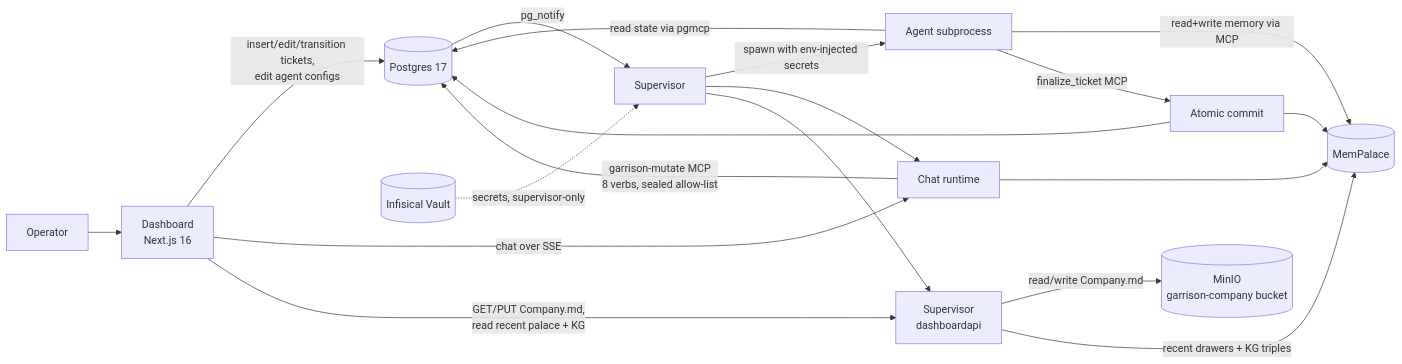
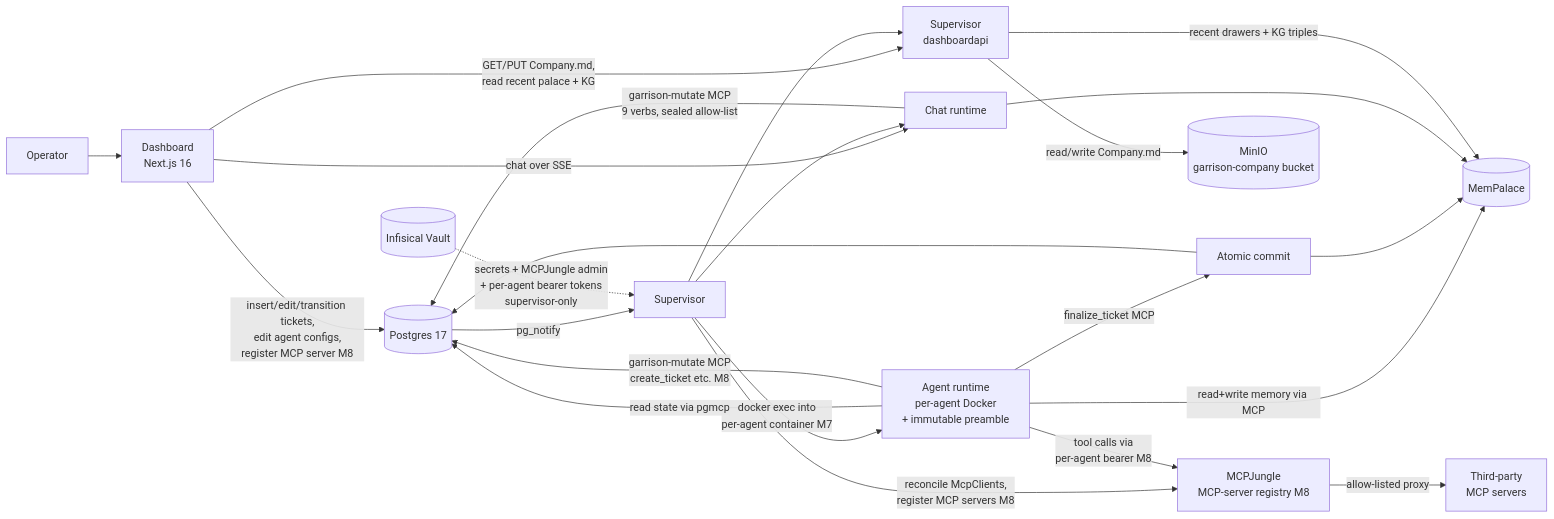
One commit to garrison-hq/garrison changed the diagram in README.md. Above: the diagram before and after it, drawn with Mermaid. The commit also changed other lines of this file, not shown here.

First line of the commit message:
docs(readme): update mermaid diagram + M1→M8 prose for shipped M6/M7/M8

````diff
--- a/README.md
+++ b/README.md
@@ -74,21 +74,25 @@
 ```mermaid
 flowchart LR
     OP[Operator] --> DASH[Dashboard<br/>Next.js 16]
-    DASH -->|insert/edit/transition tickets,<br/>edit agent configs| PG[(Postgres 17)]
+    DASH -->|insert/edit/transition tickets,<br/>edit agent configs,<br/>register MCP server M8| PG[(Postgres 17)]
     DASH -->|chat over SSE| CHAT[Chat runtime]
     DASH -->|GET/PUT Company.md,<br/>read recent palace + KG| API[Supervisor<br/>dashboardapi]
     PG -->|pg_notify| SUP[Supervisor]
-    VAULT[(Infisical Vault)] -.->|secrets, supervisor-only| SUP
-    SUP -->|spawn with env-injected secrets| A[Agent subprocess]
+    VAULT[(Infisical Vault)] -.->|secrets + MCPJungle admin<br/>+ per-agent bearer tokens<br/>supervisor-only| SUP
+    SUP -->|docker exec into<br/>per-agent container M7| A[Agent runtime<br/>per-agent Docker<br/>+ immutable preamble]
     SUP --> CHAT
     SUP --> API
+    SUP -->|reconcile McpClients,<br/>register MCP servers M8| MJ[MCPJungle<br/>MCP-server registry M8]
     A -->|read state via pgmcp| PG
     A -->|read+write memory via MCP| MP[(MemPalace)]
     A -->|finalize_ticket MCP| FIN[Atomic commit]
+    A -->|garrison-mutate MCP<br/>create_ticket etc. M8| PG
+    A -->|tool calls via<br/>per-agent bearer M8| MJ
+    MJ -->|allow-listed proxy| EXT[Third-party<br/>MCP servers]
     FIN --> PG
     FIN --> MP
-    CHAT -->|garrison-mutate MCP<br/>8 verbs, sealed allow-list| PG
+    CHAT -->|garrison-mutate MCP<br/>9 verbs, sealed allow-list| PG
     CHAT --> MP
     API -->|read/write Company.md| MIN[(MinIO<br/>garrison-company bucket)]
     API -->|recent drawers + KG triples| MP
 ```
````
